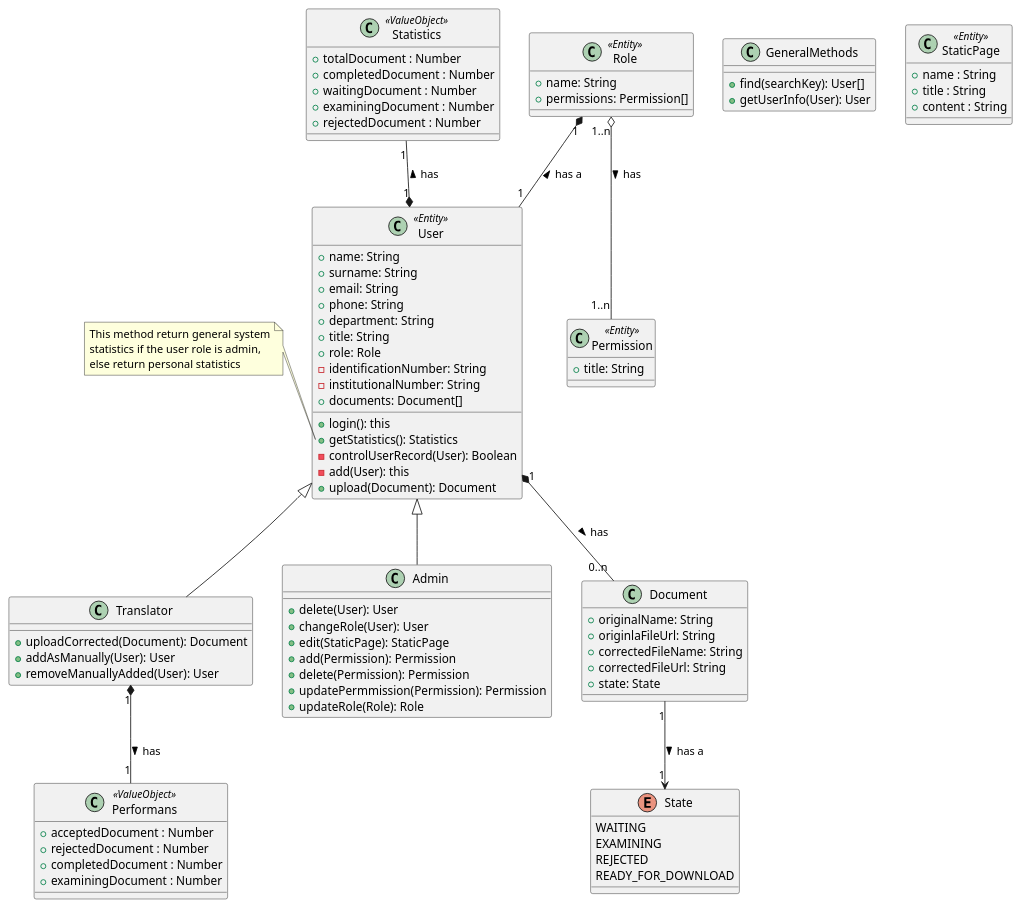
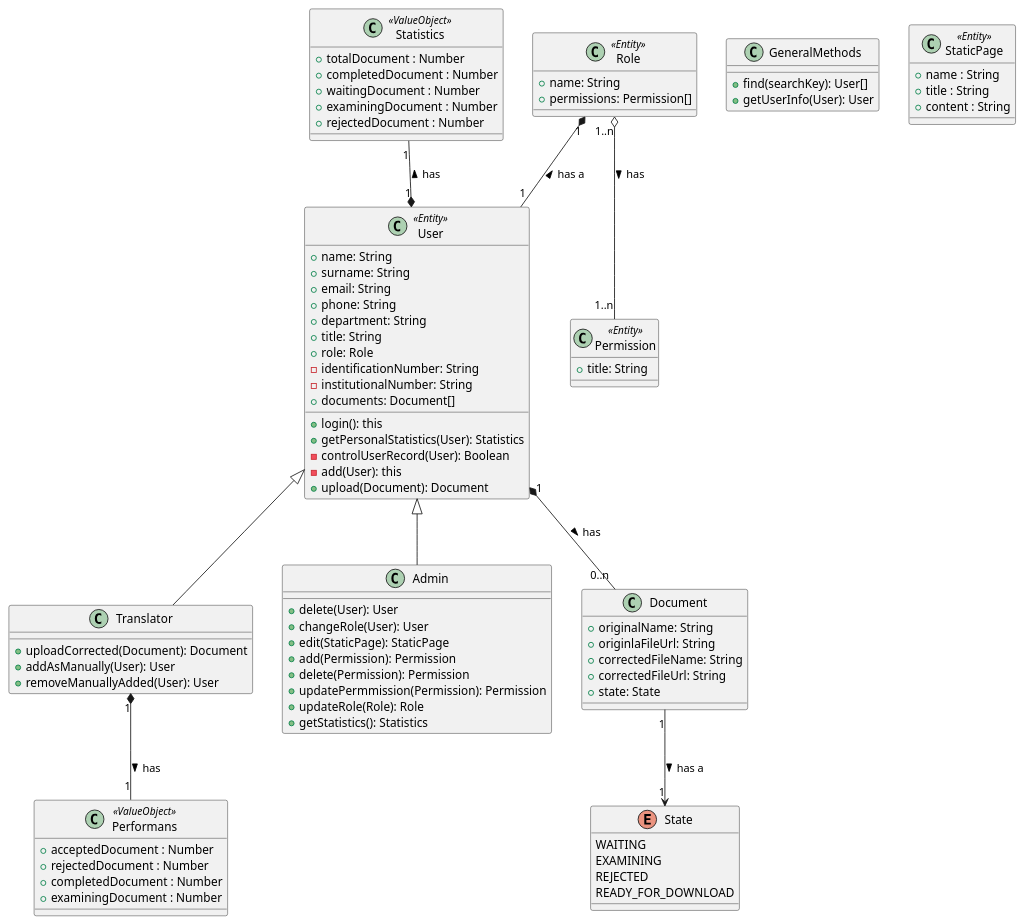
The diagram in class-diagram.puml (uygaraydin/academic-paper-proofreading), drawn with PlantUML before and after one commit. The commit also changed 5 other files, not shown here.

Commit message:
getStatistic method was divided two different methods for user and admin classes, findUserById and findUserByName methods were added, statistic model was added

```diff
--- a/class-diagram.puml
+++ b/class-diagram.puml
@@ -1,103 +1,99 @@
 @startuml APP
 
 class GeneralMethods {
   + find(searchKey): User[]
   + getUserInfo(User): User
 }
 
 class User <<Entity>> {
   + name: String
   + surname: String
   + email: String
   + phone: String
   + department: String
   + title: String
   + role: Role
   - identificationNumber: String
   - institutionalNumber: String
   + documents: Document[]
   + login(): this
-  + getStatistics(): Statistics
+  + getPersonalStatistics(User): Statistics
   - controlUserRecord(User): Boolean
   - add(User): this
   + upload(Document): Document
 }
-note left of User::getStatistics
-This method return general system
-statistics if the user role is admin,
-else return personal statistics
-end note
 
 class Translator {
   + uploadCorrected(Document): Document
   + addAsManually(User): User
   + removeManuallyAdded(User): User
 }
 
 class Admin {
   + delete(User): User
   + changeRole(User): User
   + edit(StaticPage): StaticPage
   + add(Permission): Permission
   + delete(Permission): Permission
   + updatePermmission(Permission): Permission
   + updateRole(Role): Role
+  + getStatistics(): Statistics
 }
 
 class Statistics <<ValueObject>> {
   + totalDocument : Number
   + completedDocument : Number
   + waitingDocument : Number
   + examiningDocument : Number
   + rejectedDocument : Number
 }
 
 class Performans <<ValueObject>> {
   + acceptedDocument : Number
   + rejectedDocument : Number
   + completedDocument : Number
   + examiningDocument : Number
 }
 
 class StaticPage <<Entity>> {
   + name : String
   + title : String
   + content : String
 }
 
 class Document {
   + originalName: String
   + originlaFileUrl: String
   + correctedFileName: String
   + correctedFileUrl: String
   + state: State
 }
 
 class Role <<Entity>> {
   + name: String
   + permissions: Permission[]
 }
 
 class Permission <<Entity>> {
   + title: String
 }
 
 enum State {
   WAITING
   EXAMINING
   REJECTED
   READY_FOR_DOWNLOAD
 }
 
 
 Translator -up-|> User
 Admin -up-|> User
 User "1" *-- "0..n" Document : has >
 Document "1" --> "1" State : has a >
 Role "1" *-- "1" User : has a <
 Role "1..n" o-- "1..n" Permission : has >
 User "1" *-up- "1" Statistics : has >
 Translator "1" *-- "1" Performans : has >
 
 
 @enduml
```
